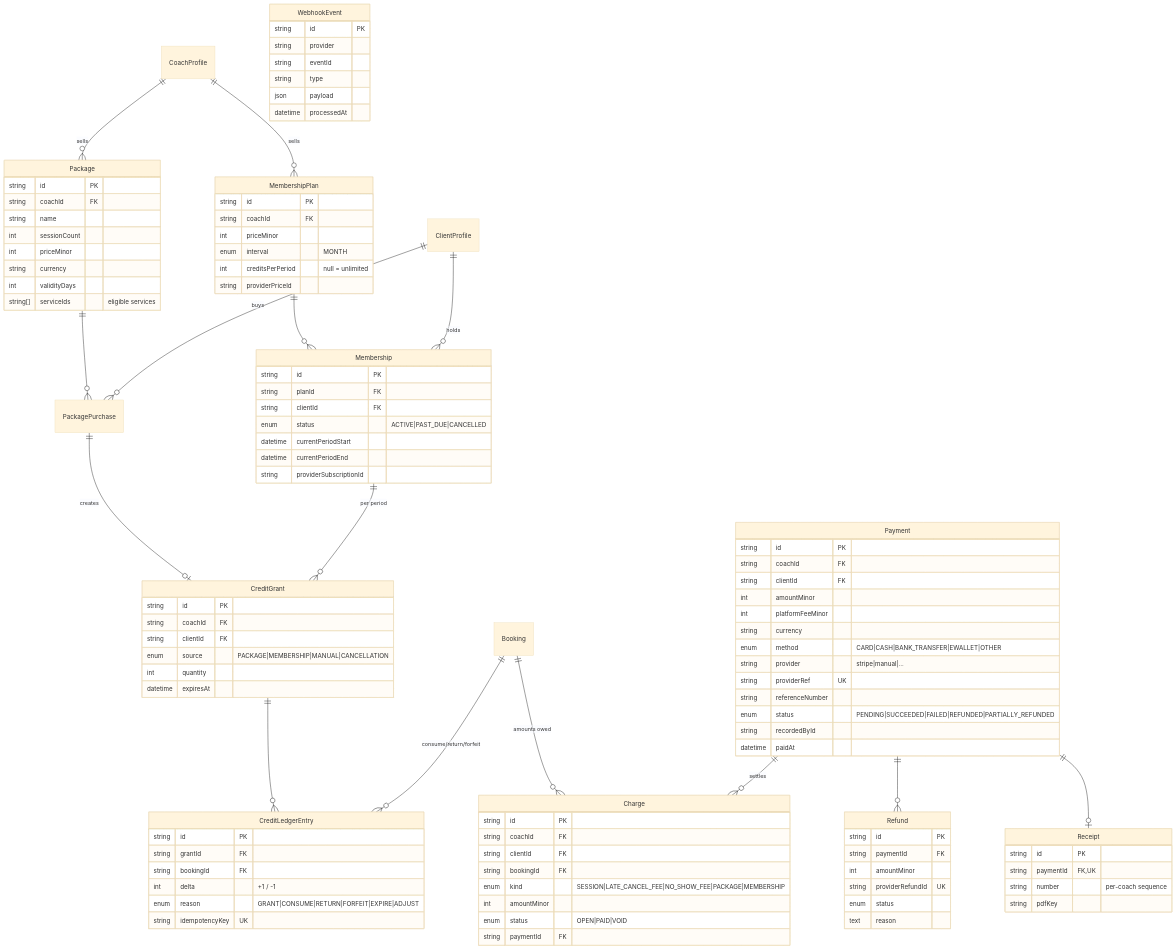
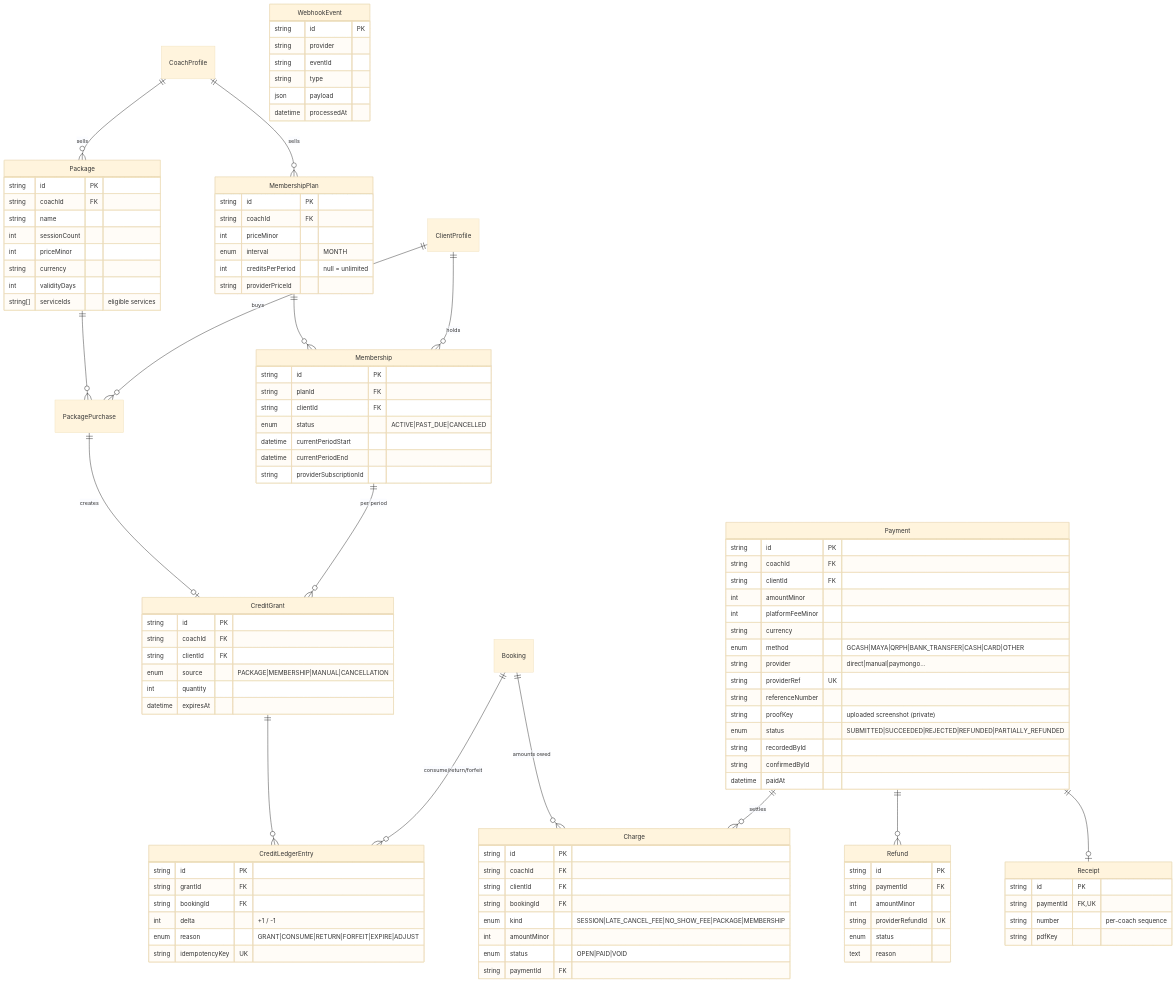
One commit to harveyallenong/Coach-App changed the fifth of 7 diagrams in docs/PLAN.md. Above: the diagram before and after it, drawn with Mermaid (base theme). The commit also changed other lines of this file and 8 other files, not shown here.

```diff
--- a/docs/PLAN.md
+++ b/docs/PLAN.md
@@ -449,12 +467,14 @@
     int amountMinor
     int platformFeeMinor
     string currency
-    enum method "CARD|CASH|BANK_TRANSFER|EWALLET|OTHER"
-    string provider "stripe|manual|..."
+    enum method "GCASH|MAYA|QRPH|BANK_TRANSFER|CASH|CARD|OTHER"
+    string provider "direct|manual|paymongo..."
     string providerRef UK
     string referenceNumber
-    enum status "PENDING|SUCCEEDED|FAILED|REFUNDED|PARTIALLY_REFUNDED"
+    string proofKey "uploaded screenshot (private)"
+    enum status "SUBMITTED|SUCCEEDED|REJECTED|REFUNDED|PARTIALLY_REFUNDED"
     string recordedById
+    string confirmedById
     datetime paidAt
   }
   Refund {
```
